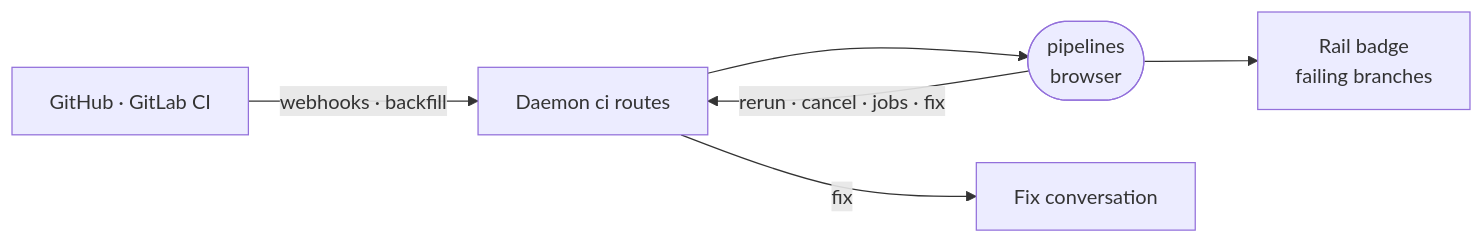
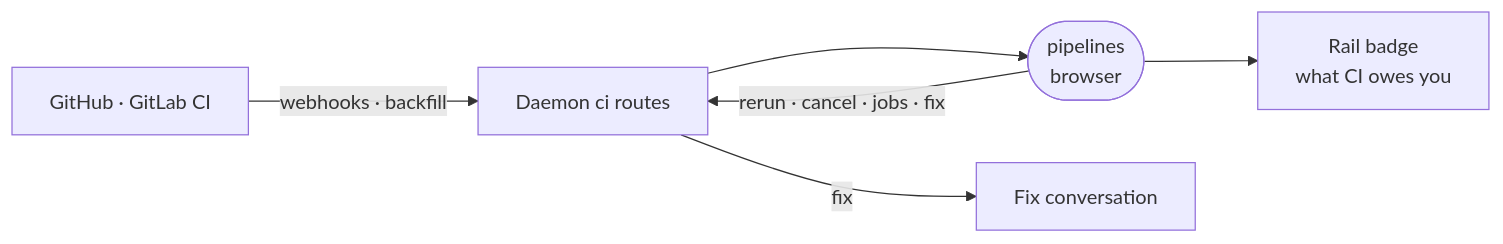
One commit to intentic/intentic changed the diagram in _extensions/pipelines/README.md. Above: the diagram before and after it, drawn with Mermaid. The commit also changed other lines of this file and 34 other files, not shown here.

````diff
--- a/_extensions/pipelines/README.md
+++ b/_extensions/pipelines/README.md
@@ -5,8 +5,8 @@
 ```mermaid
 flowchart LR
     vendor["GitHub · GitLab CI"] -->|"webhooks · backfill"| daemon["Daemon ci routes"]
     daemon --> ext(["pipelines<br/>browser"])
     ext -->|"rerun · cancel · jobs · fix"| daemon
     daemon -->|"fix"| agent["Fix conversation"]
-    ext --> badge["Rail badge<br/>failing branches"]
+    ext --> badge["Rail badge<br/>what CI owes you"]
 ```
````
